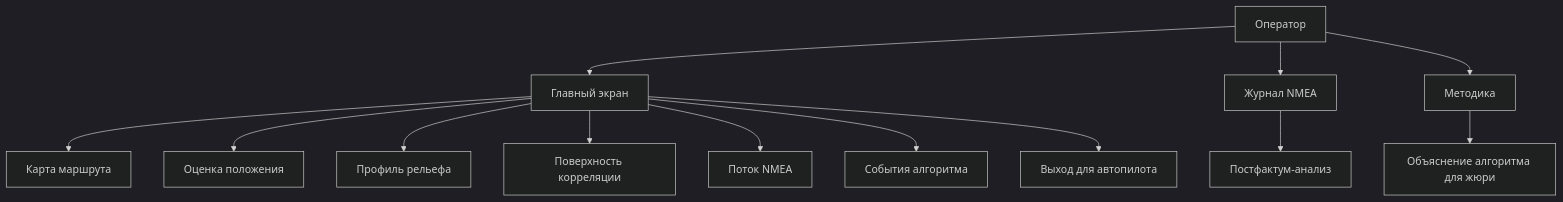
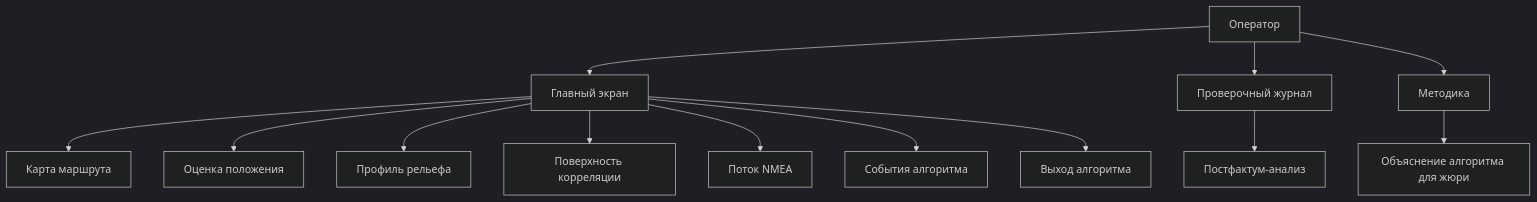
One commit to rub1kub/where-are-we-barista changed the second of 3 diagrams in README.md. Above: the diagram before and after it, drawn with Mermaid (dark theme). The commit also changed other lines of this file and 9 other files, not shown here.

````diff
--- a/README.md
+++ b/README.md
@@ -58,15 +66,15 @@
 ```mermaid
 flowchart TB
     A["Оператор"] --> B["Главный экран"]
     B --> C["Карта маршрута"]
     B --> D["Оценка положения"]
     B --> E["Профиль рельефа"]
     B --> F["Поверхность корреляции"]
     B --> G["Поток NMEA"]
     B --> H["События алгоритма"]
-    B --> I["Выход для автопилота"]
-    A --> J["Журнал NMEA"]
+    B --> I["Выход алгоритма"]
+    A --> J["Проверочный журнал"]
     J --> K["Постфактум-анализ"]
     A --> L["Методика"]
     L --> M["Объяснение алгоритма для жюри"]
 ```
````
